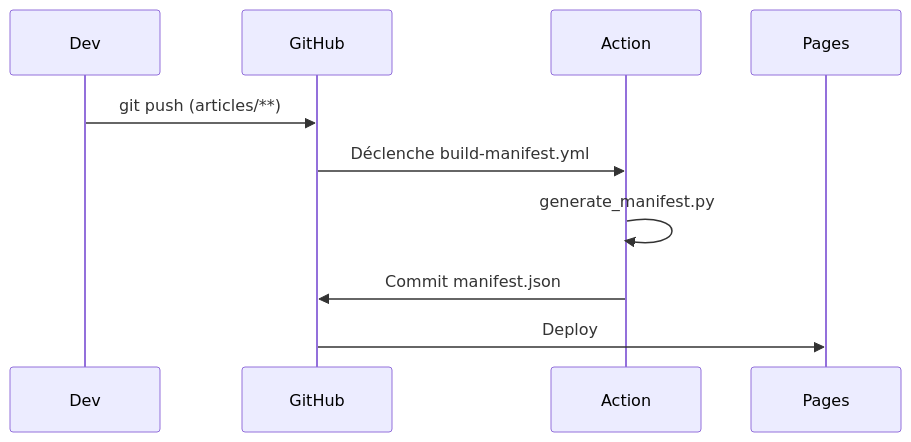
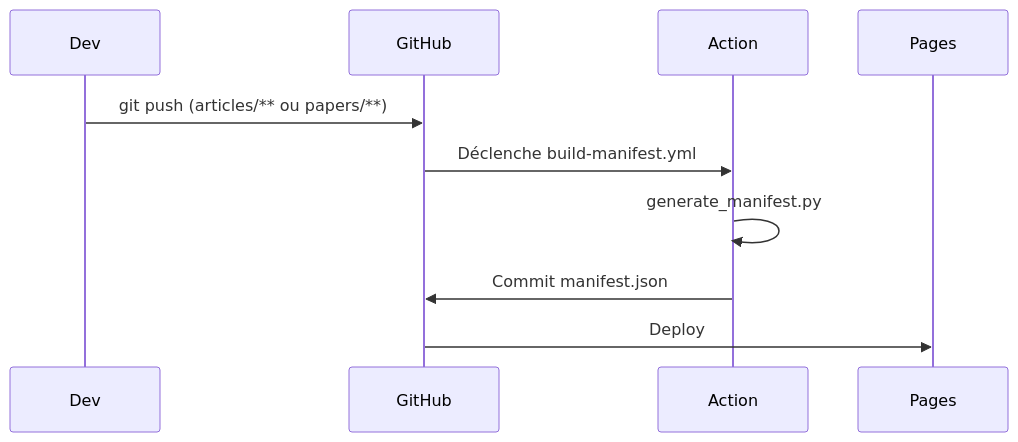
One commit to Sandjab/Curax changed the fifth of 5 diagrams in README.md. Above: the diagram before and after it, drawn with Mermaid. The commit also changed other lines of this file and 9 other files, not shown here.

````diff
--- a/README.md
+++ b/README.md
@@ -113,13 +201,13 @@
 ```mermaid
 sequenceDiagram
     participant Dev
     participant GitHub
     participant Action
     participant Pages
 
-    Dev->>GitHub: git push (articles/**)
+    Dev->>GitHub: git push (articles/** ou papers/**)
     GitHub->>Action: Déclenche build-manifest.yml
     Action->>Action: generate_manifest.py
     Action->>GitHub: Commit manifest.json
     GitHub->>Pages: Deploy
 ```
````
